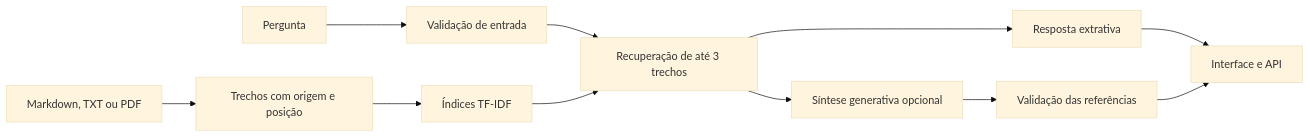
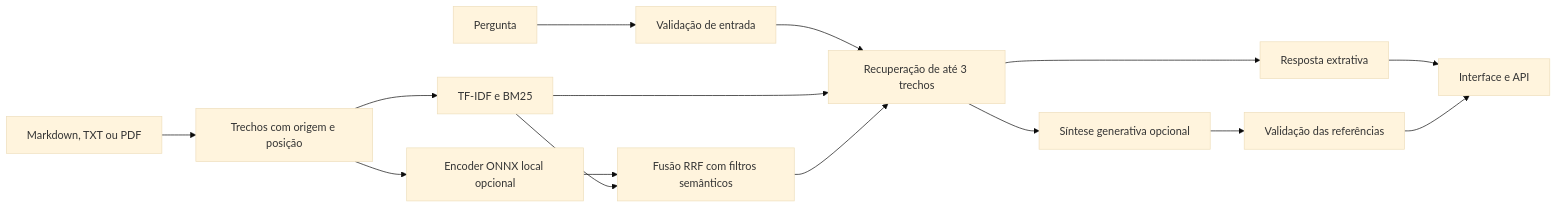
One commit to GustavoCurio/docora changed the diagram in docs/ARQUITETURA.md. Above: the diagram before and after it, drawn with Mermaid (base theme). The commit also changed other lines of this file and 1 other file, not shown here.

````diff
--- a/docs/ARQUITETURA.md
+++ b/docs/ARQUITETURA.md
@@ -3,13 +3,17 @@
 ```mermaid
 flowchart LR
     DOC[Markdown, TXT ou PDF] --> CHUNK[Trechos com origem e posição]
-    CHUNK --> IDX[Índices TF-IDF]
+    CHUNK --> IDX[TF-IDF e BM25]
+    CHUNK --> VEC[Encoder ONNX local opcional]
+    VEC --> RRF[Fusão RRF com filtros semânticos]
+    IDX --> RRF
     Q[Pergunta] --> G[Validação de entrada]
     G --> RET[Recuperação de até 3 trechos]
     IDX --> RET
+    RRF --> RET
     RET --> LOCAL[Resposta extrativa]
     RET --> LLM[Síntese generativa opcional]
     LLM --> VALID[Validação das referências]
     LOCAL --> UI[Interface e API]
     VALID --> UI
 ```
````
